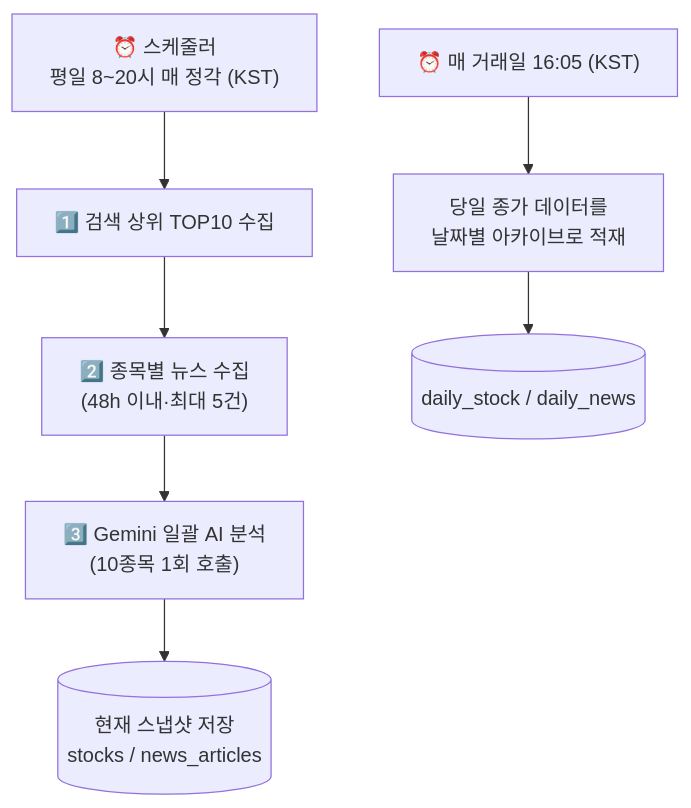
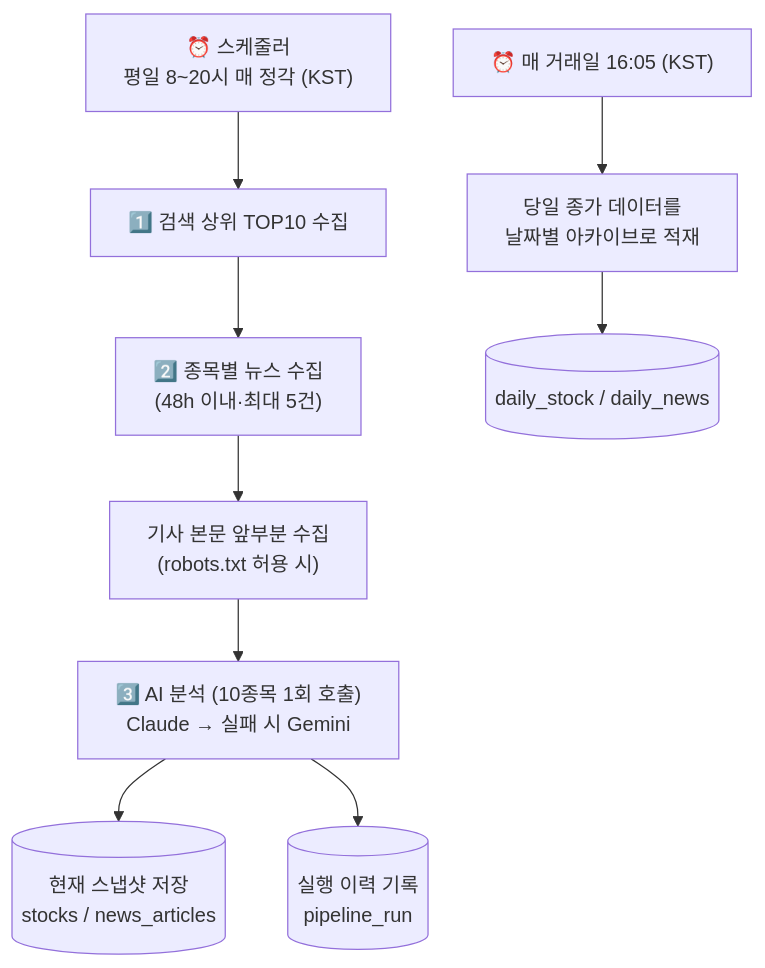
Before and after one commit to zizonpubao/AI_stock_news: the second of 3 diagrams in README.md, drawn with Mermaid. The commit also changed other lines of this file and 2 other files, not shown here.

````diff
--- a/README.md
+++ b/README.md
@@ -184,10 +202,12 @@
 ```mermaid
 flowchart TD
     S["⏰ 스케줄러<br/>평일 8~20시 매 정각 (KST)"] --> C["1️⃣ 검색 상위 TOP10 수집"]
     C --> N["2️⃣ 종목별 뉴스 수집<br/>(48h 이내·최대 5건)"]
-    N --> A["3️⃣ Gemini 일괄 AI 분석<br/>(10종목 1회 호출)"]
+    N --> B["기사 본문 앞부분 수집<br/>(robots.txt 허용 시)"]
+    B --> A["3️⃣ AI 분석 (10종목 1회 호출)<br/>Claude → 실패 시 Gemini"]
     A --> DB[("현재 스냅샷 저장<br/>stocks / news_articles")]
+    A --> RUN[("실행 이력 기록<br/>pipeline_run")]
 
     S2["⏰ 매 거래일 16:05 (KST)"] --> AR["당일 종가 데이터를<br/>날짜별 아카이브로 적재"]
     AR --> DB2[("daily_stock / daily_news")]
 ```
````
